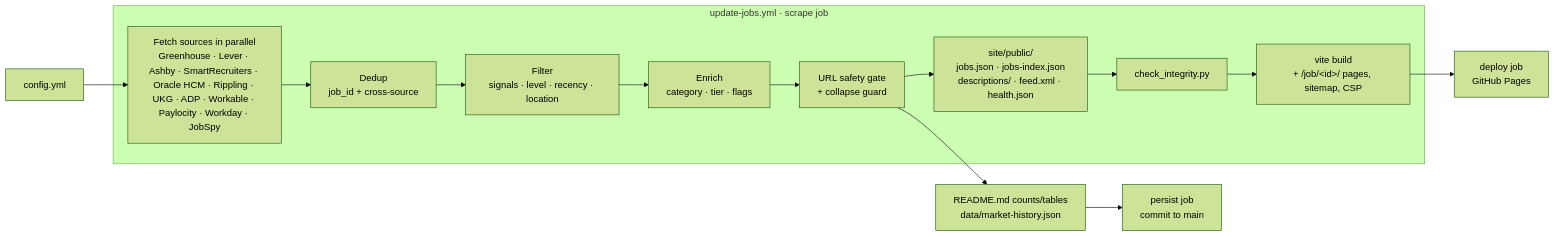
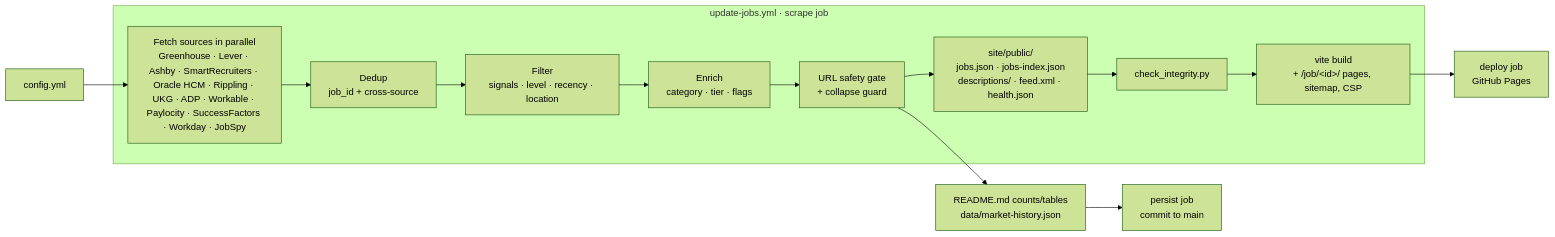
One commit to ambicuity/New-Grad-Jobs changed the diagram in docs/architecture.md. Above: the diagram before and after it, drawn with Mermaid (forest theme). The commit also changed other lines of this file and 21 other files, not shown here.

First line of the commit message:
feat(sources): add a SAP SuccessFactors (Career Site Builder) source with 32 careers sites (#422)

````diff
--- a/docs/architecture.md
+++ b/docs/architecture.md
@@ -9,16 +9,16 @@
 ```mermaid
 flowchart LR
     cfg[config.yml] --> fetch
     subgraph scrape["update-jobs.yml · scrape job"]
-        fetch["Fetch sources in parallel<br/>Greenhouse · Lever · Ashby · SmartRecruiters · Oracle HCM · Rippling · UKG · ADP · Workable · Paylocity · Workday · JobSpy"] --> dedup[Dedup<br/>job_id + cross-source]
+        fetch["Fetch sources in parallel<br/>Greenhouse · Lever · Ashby · SmartRecruiters · Oracle HCM · Rippling · UKG · ADP · Workable · Paylocity · SuccessFactors · Workday · JobSpy"] --> dedup[Dedup<br/>job_id + cross-source]
         dedup --> filter[Filter<br/>signals · level · recency · location]
         filter --> enrich[Enrich<br/>category · tier · flags]
         enrich --> gate[URL safety gate<br/>+ collapse guard]
         gate --> out["site/public/<br/>jobs.json · jobs-index.json<br/>descriptions/ · feed.xml · health.json"]
         out --> check[check_integrity.py]
         check --> build["vite build<br/>+ /job/&lt;id&gt;/ pages, sitemap, CSP"]
     end
     build --> deploy[deploy job<br/>GitHub Pages]
     gate --> state[README.md counts/tables<br/>data/market-history.json]
     state --> persist[persist job<br/>commit to main]
 ```
````
